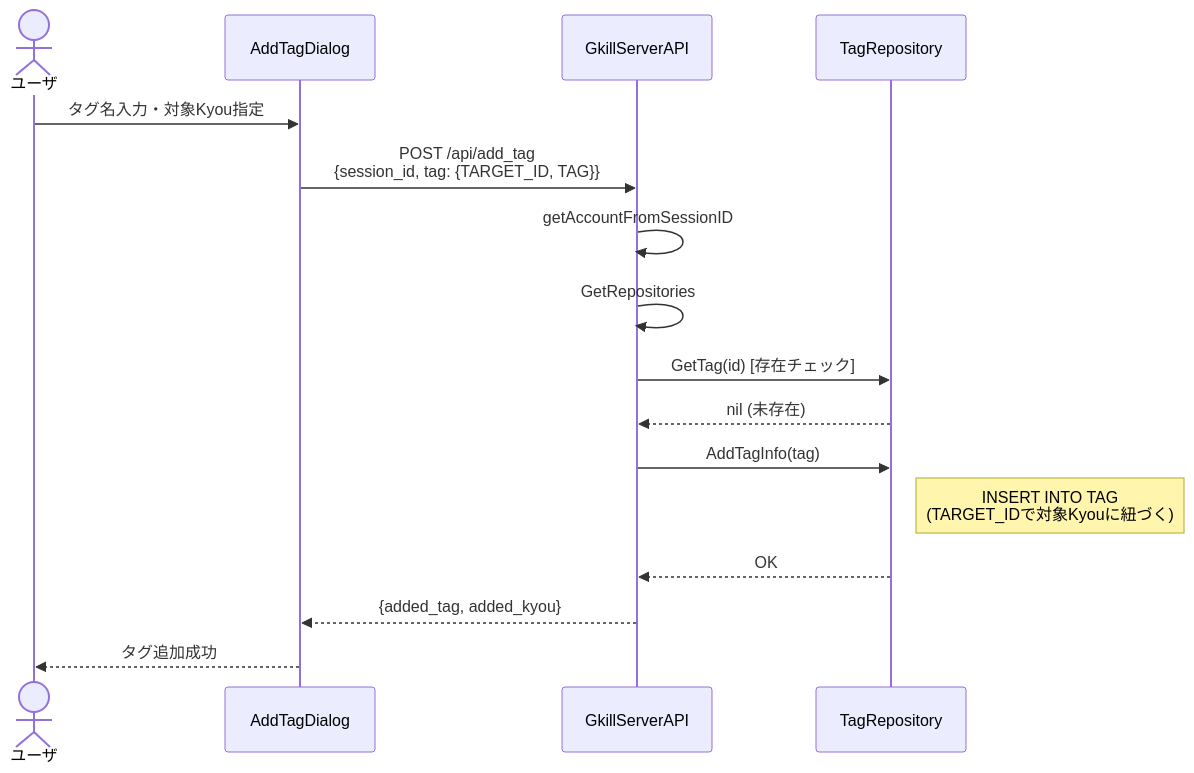
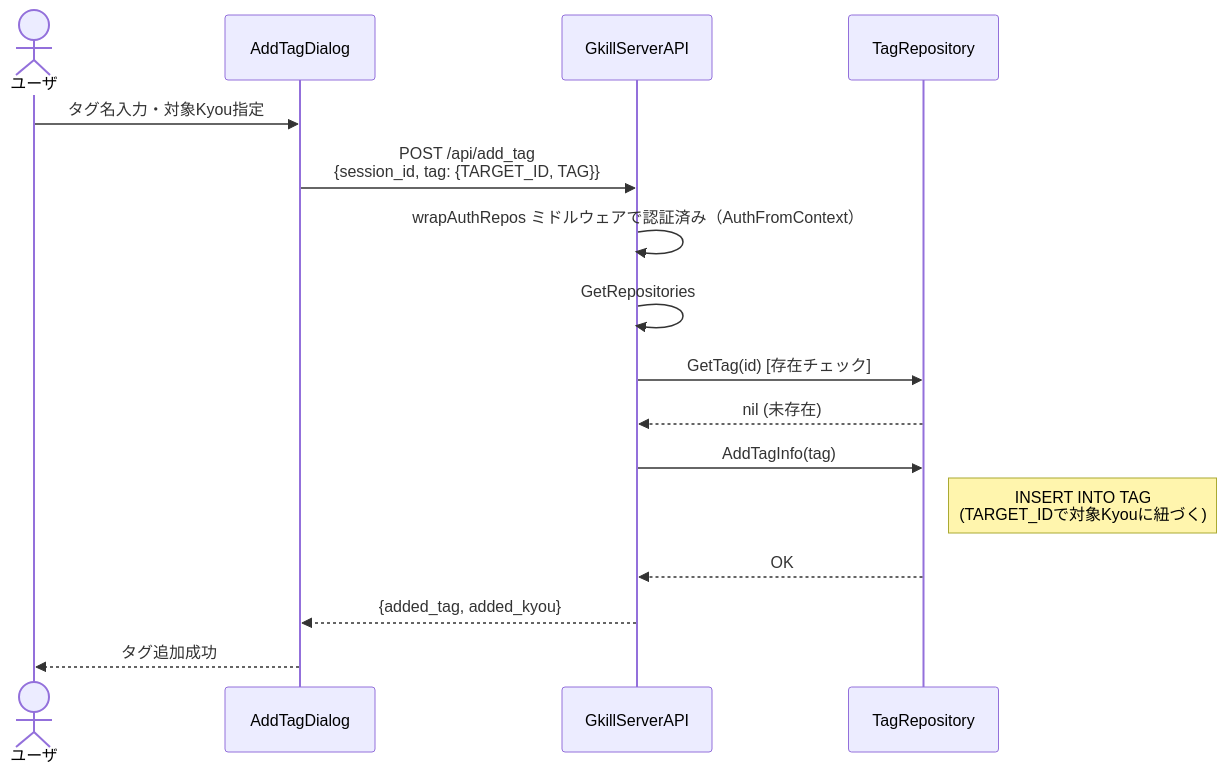
Before and after one commit to mt3hr/gkill: the ninth of 28 diagrams in documents/reverse/sequence-diagrams.md, drawn with Mermaid. The commit also changed other lines of this file and 146 other files, not shown here.

````diff
--- a/documents/reverse/sequence-diagrams.md
+++ b/documents/reverse/sequence-diagrams.md
@@ -231,19 +242,19 @@
 ```mermaid
 sequenceDiagram
     actor User as ユーザ
     participant UI as AddTagDialog
     participant API as GkillServerAPI
     participant TagRep as TagRepository
 
     User->>UI: タグ名入力・対象Kyou指定
     UI->>API: POST /api/add_tag<br>{session_id, tag: {TARGET_ID, TAG}}
-    API->>API: getAccountFromSessionID
+    API->>API: wrapAuthRepos ミドルウェアで認証済み（AuthFromContext）
     API->>API: GetRepositories
     API->>TagRep: GetTag(id) [存在チェック]
     TagRep-->>API: nil (未存在)
     API->>TagRep: AddTagInfo(tag)
     Note right of TagRep: INSERT INTO TAG<br>(TARGET_IDで対象Kyouに紐づく)
     TagRep-->>API: OK
     API-->>UI: {added_tag, added_kyou}
     UI-->>User: タグ追加成功
 ```
````
